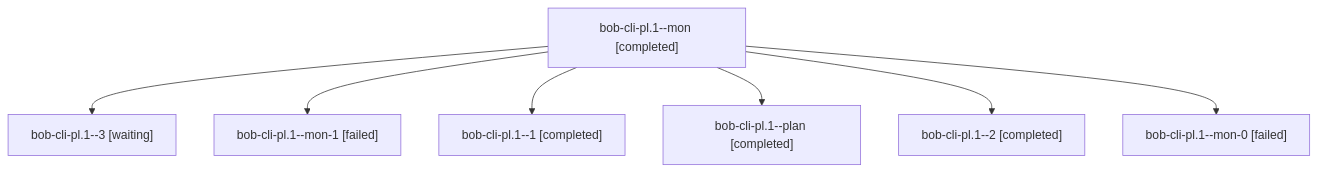
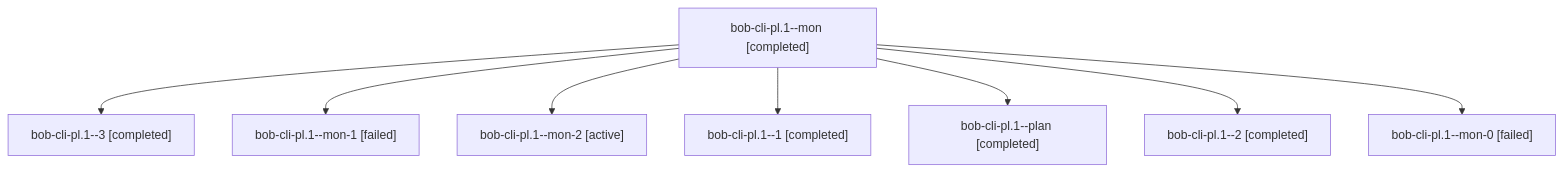
The diagram in sessions/bbugyi200.apollo.bob-cli-pl.1.md (bobs-org/bob-cli--agents), drawn with Mermaid before and after one commit. The commit also changed other lines of this file and 59 other files, not shown here.

````diff
--- a/sessions/bbugyi200.apollo.bob-cli-pl.1.md
+++ b/sessions/bbugyi200.apollo.bob-cli-pl.1.md
@@ -9,16 +9,18 @@
 ```mermaid
 flowchart TD
   n0["bob-cli-pl.1--mon [completed]"]
-  n1["bob-cli-pl.1--3 [waiting]"]
+  n1["bob-cli-pl.1--3 [completed]"]
   n0 --> n1
   n2["bob-cli-pl.1--mon-1 [failed]"]
   n0 --> n2
-  n3["bob-cli-pl.1--1 [completed]"]
+  n3["bob-cli-pl.1--mon-2 [active]"]
   n0 --> n3
-  n4["bob-cli-pl.1--plan [completed]"]
+  n4["bob-cli-pl.1--1 [completed]"]
   n0 --> n4
-  n5["bob-cli-pl.1--2 [completed]"]
+  n5["bob-cli-pl.1--plan [completed]"]
   n0 --> n5
-  n6["bob-cli-pl.1--mon-0 [failed]"]
+  n6["bob-cli-pl.1--2 [completed]"]
   n0 --> n6
+  n7["bob-cli-pl.1--mon-0 [failed]"]
+  n0 --> n7
 ```
````
